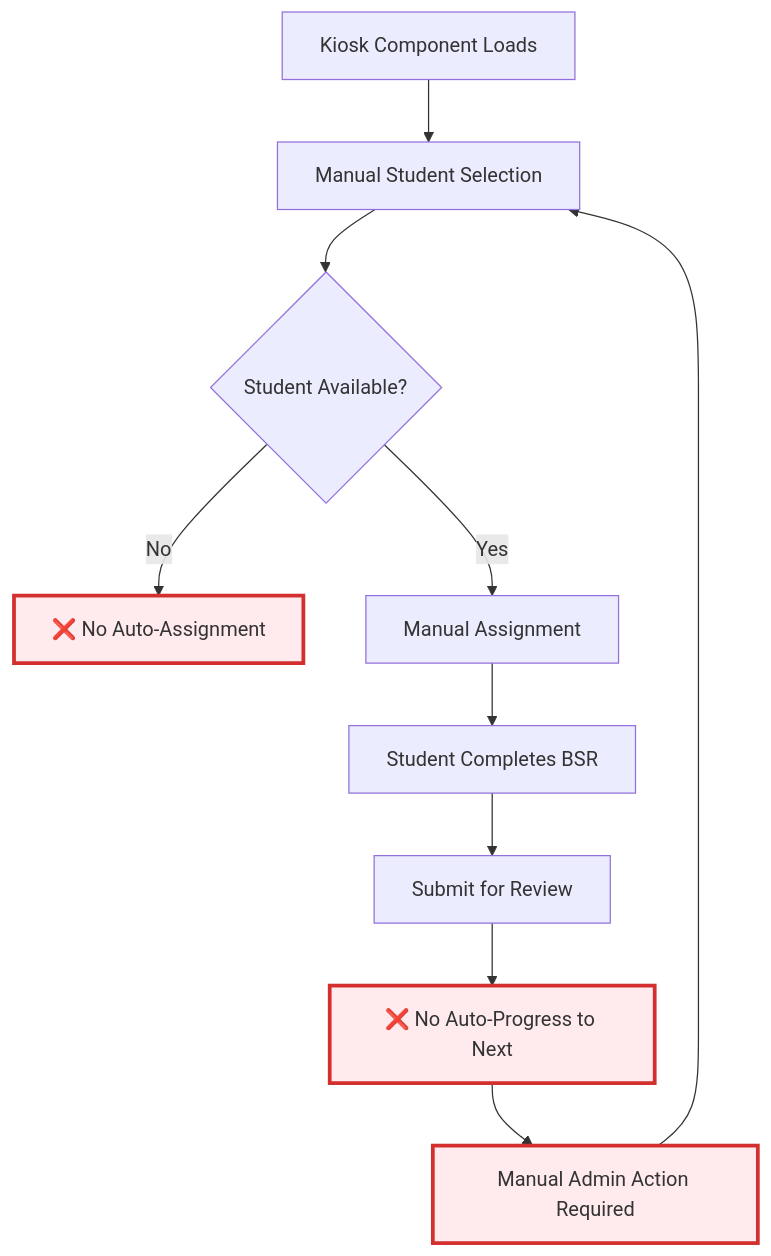
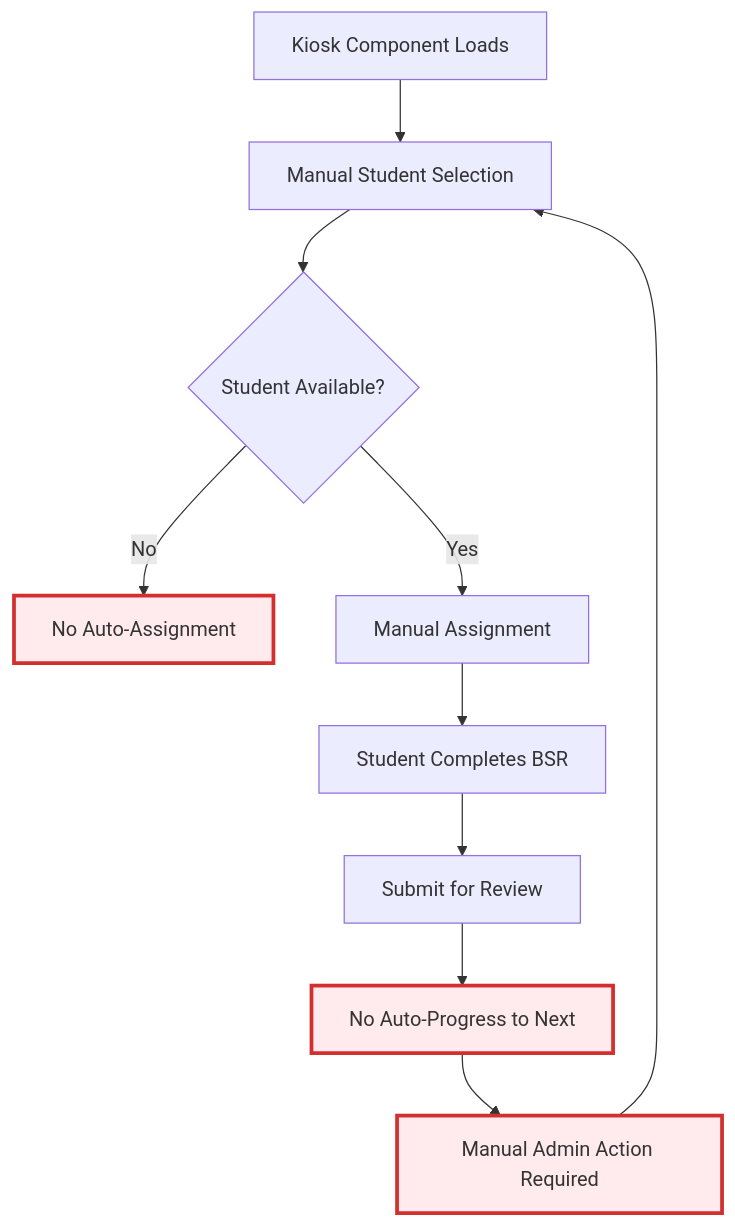
One commit to Splurfa/bx-os changed the third of 5 diagrams in Docs/Flowcharts/Current-State/02-current-kiosk-logic.md. Above: the diagram before and after it, drawn with Mermaid. The commit also changed other lines of this file and 12 other files, not shown here.

First line of the commit message:
Fix flowchart syntax and numbering

````diff
--- a/Docs/Flowcharts/Current-State/02-current-kiosk-logic.md
+++ b/Docs/Flowcharts/Current-State/02-current-kiosk-logic.md
@@ -55,18 +55,18 @@
 ```mermaid
 flowchart TD
     A[Kiosk Component Loads] --> B[Manual Student Selection]
     B --> C{Student Available?}
-    C -->|No| D[❌ No Auto-Assignment]
+    C -->|No| D[No Auto-Assignment]
     C -->|Yes| E[Manual Assignment]
     
     E --> F[Student Completes BSR]
     F --> G[Submit for Review]
-    G --> H[❌ No Auto-Progress to Next]
+    G --> H[No Auto-Progress to Next]
     
     H --> I[Manual Admin Action Required]
     I --> B
     
     style D fill:#ffebee,stroke:#d32f2f,stroke-width:3px
     style H fill:#ffebee,stroke:#d32f2f,stroke-width:3px
     style I fill:#ffebee,stroke:#d32f2f,stroke-width:3px
 ```
````
